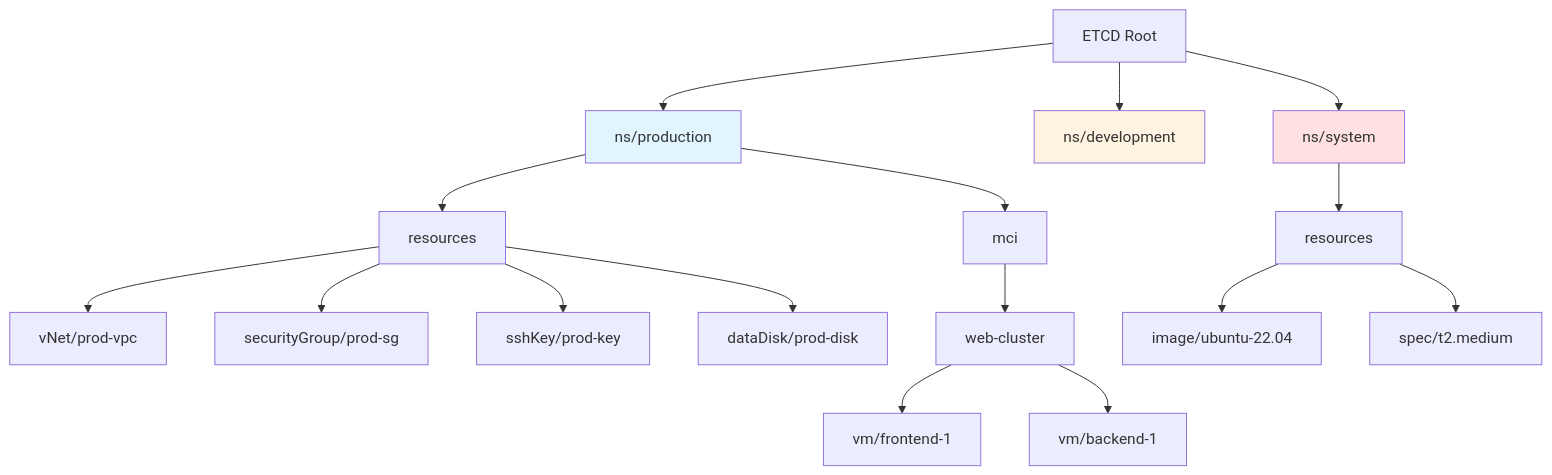
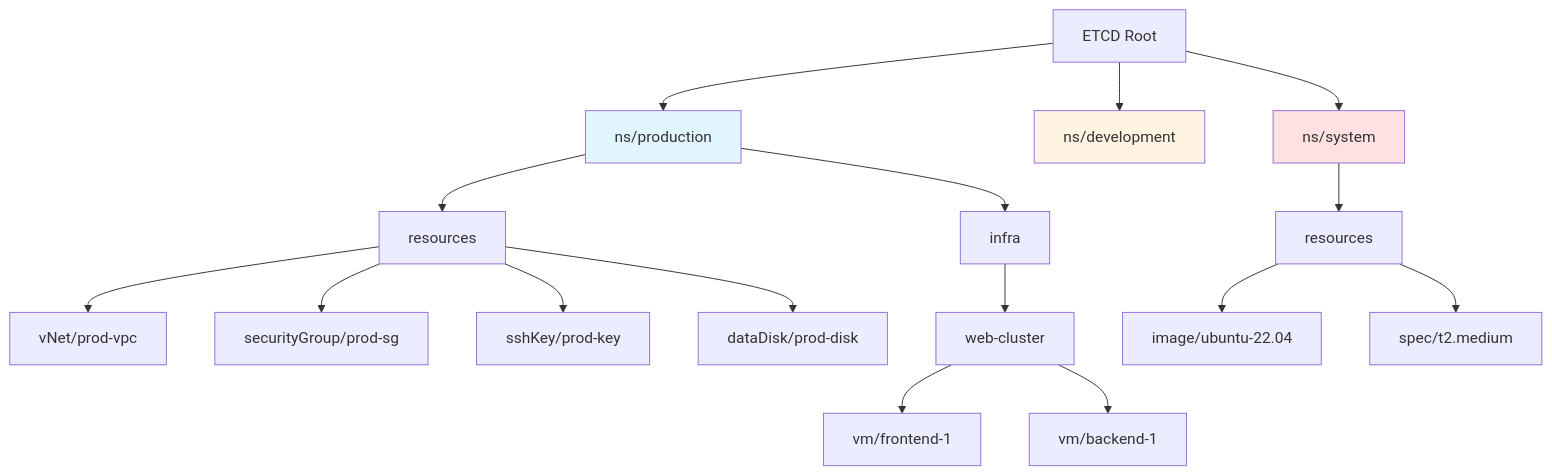
The sixth of 10 diagrams in docs/feature_guide/namespace-and-resource-identity.md (cloud-barista/cb-tumblebug), drawn with Mermaid before and after one commit. The commit also changed other lines of this file and 197 other files, not shown here.

````diff
--- a/docs/feature_guide/namespace-and-resource-identity.md
+++ b/docs/feature_guide/namespace-and-resource-identity.md
@@ -339,28 +339,28 @@
 ```mermaid
 graph TB
     ROOT["ETCD Root"]
     
     ROOT --> NS1["ns/production"]
     ROOT --> NS2["ns/development"]
     ROOT --> SYS["ns/system"]
     
     NS1 --> RES1["resources"]
-    NS1 --> MCI1["mci"]
+    NS1 --> Infra1["infra"]
     
     RES1 --> VNET1["vNet/prod-vpc"]
     RES1 --> SG1["securityGroup/prod-sg"]
     RES1 --> SSH1["sshKey/prod-key"]
     RES1 --> DISK1["dataDisk/prod-disk"]
     
-    MCI1 --> MCIOBJ1["web-cluster"]
-    MCIOBJ1 --> VM1["vm/frontend-1"]
-    MCIOBJ1 --> VM2["vm/backend-1"]
+    Infra1 --> InfraOBJ1["web-cluster"]
+    InfraOBJ1 --> VM1["vm/frontend-1"]
+    InfraOBJ1 --> VM2["vm/backend-1"]
     
     SYS --> SYSRES["resources"]
     SYSRES --> IMG1["image/ubuntu-22.04"]
     SYSRES --> SPEC1["spec/t2.medium"]
     
     style NS1 fill:#e1f5ff
     style NS2 fill:#fff4e1
     style SYS fill:#ffe1e1
 ```
````
